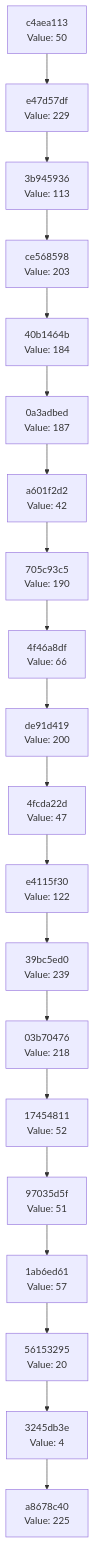
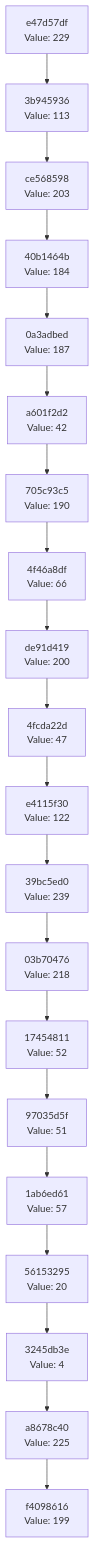
Before and after one commit to Abhisheksinha1506/hash-chain-evolver: the diagram in docs/CHAIN_VISUALIZATION.md, drawn with Mermaid. The commit also changed 2 other files, not shown here.

Commit message:
Evolution Step

````diff
--- a/docs/CHAIN_VISUALIZATION.md
+++ b/docs/CHAIN_VISUALIZATION.md
@@ -3,42 +3,42 @@
 ```mermaid
 graph TD
-    C0["a8678c40<br/>Value: 225"]
-    C1["3245db3e<br/>Value: 4"]
+    C0["f4098616<br/>Value: 199"]
+    C1["a8678c40<br/>Value: 225"]
     C1 --> C0
-    C2["56153295<br/>Value: 20"]
+    C2["3245db3e<br/>Value: 4"]
     C2 --> C1
-    C3["1ab6ed61<br/>Value: 57"]
+    C3["56153295<br/>Value: 20"]
     C3 --> C2
-    C4["97035d5f<br/>Value: 51"]
+    C4["1ab6ed61<br/>Value: 57"]
     C4 --> C3
-    C5["17454811<br/>Value: 52"]
+    C5["97035d5f<br/>Value: 51"]
     C5 --> C4
-    C6["03b70476<br/>Value: 218"]
+    C6["17454811<br/>Value: 52"]
     C6 --> C5
-    C7["39bc5ed0<br/>Value: 239"]
+    C7["03b70476<br/>Value: 218"]
     C7 --> C6
-    C8["e4115f30<br/>Value: 122"]
+    C8["39bc5ed0<br/>Value: 239"]
     C8 --> C7
-    C9["4fcda22d<br/>Value: 47"]
+    C9["e4115f30<br/>Value: 122"]
     C9 --> C8
-    C10["de91d419<br/>Value: 200"]
+    C10["4fcda22d<br/>Value: 47"]
     C10 --> C9
-    C11["4f46a8df<br/>Value: 66"]
+    C11["de91d419<br/>Value: 200"]
     C11 --> C10
-    C12["705c93c5<br/>Value: 190"]
+    C12["4f46a8df<br/>Value: 66"]
     C12 --> C11
-    C13["a601f2d2<br/>Value: 42"]
+    C13["705c93c5<br/>Value: 190"]
     C13 --> C12
-    C14["0a3adbed<br/>Value: 187"]
+    C14["a601f2d2<br/>Value: 42"]
     C14 --> C13
-    C15["40b1464b<br/>Value: 184"]
+    C15["0a3adbed<br/>Value: 187"]
     C15 --> C14
-    C16["ce568598<br/>Value: 203"]
+    C16["40b1464b<br/>Value: 184"]
     C16 --> C15
-    C17["3b945936<br/>Value: 113"]
+    C17["ce568598<br/>Value: 203"]
     C17 --> C16
-    C18["e47d57df<br/>Value: 229"]
+    C18["3b945936<br/>Value: 113"]
     C18 --> C17
-    C19["c4aea113<br/>Value: 50"]
+    C19["e47d57df<br/>Value: 229"]
     C19 --> C18
 ```
````
